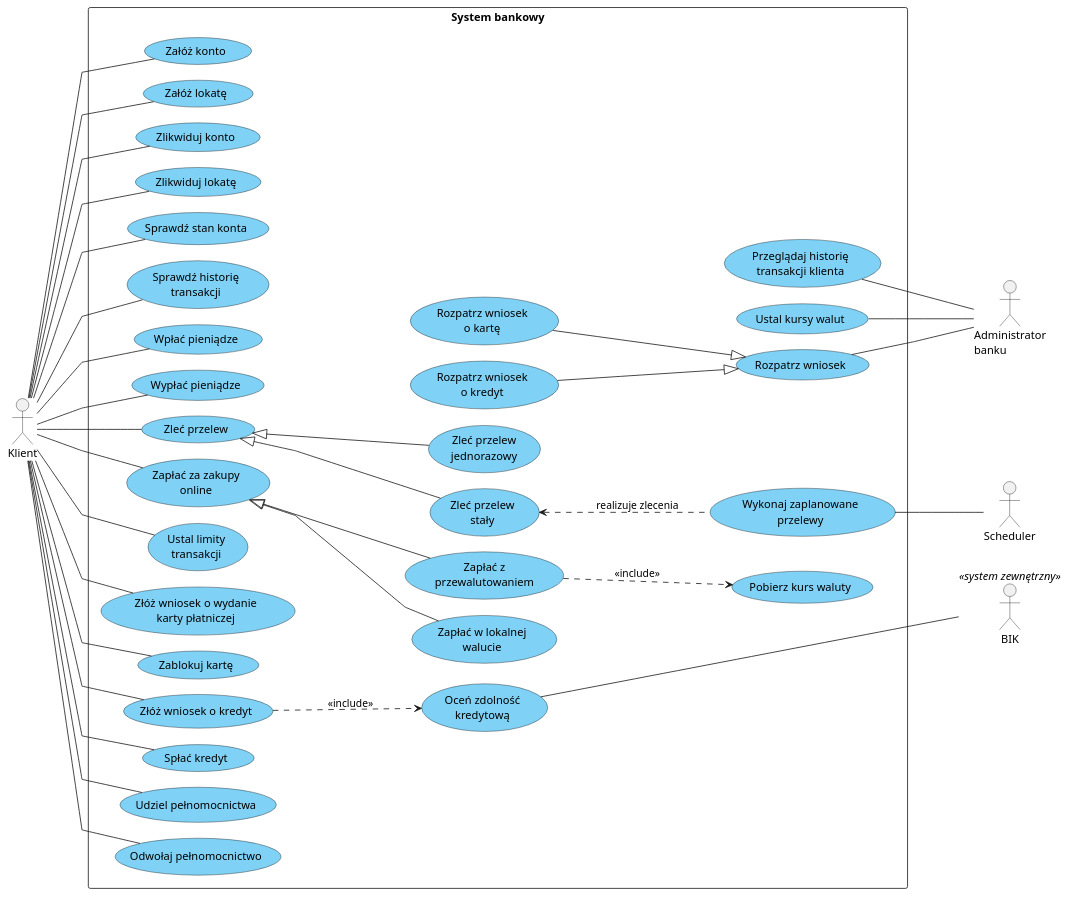
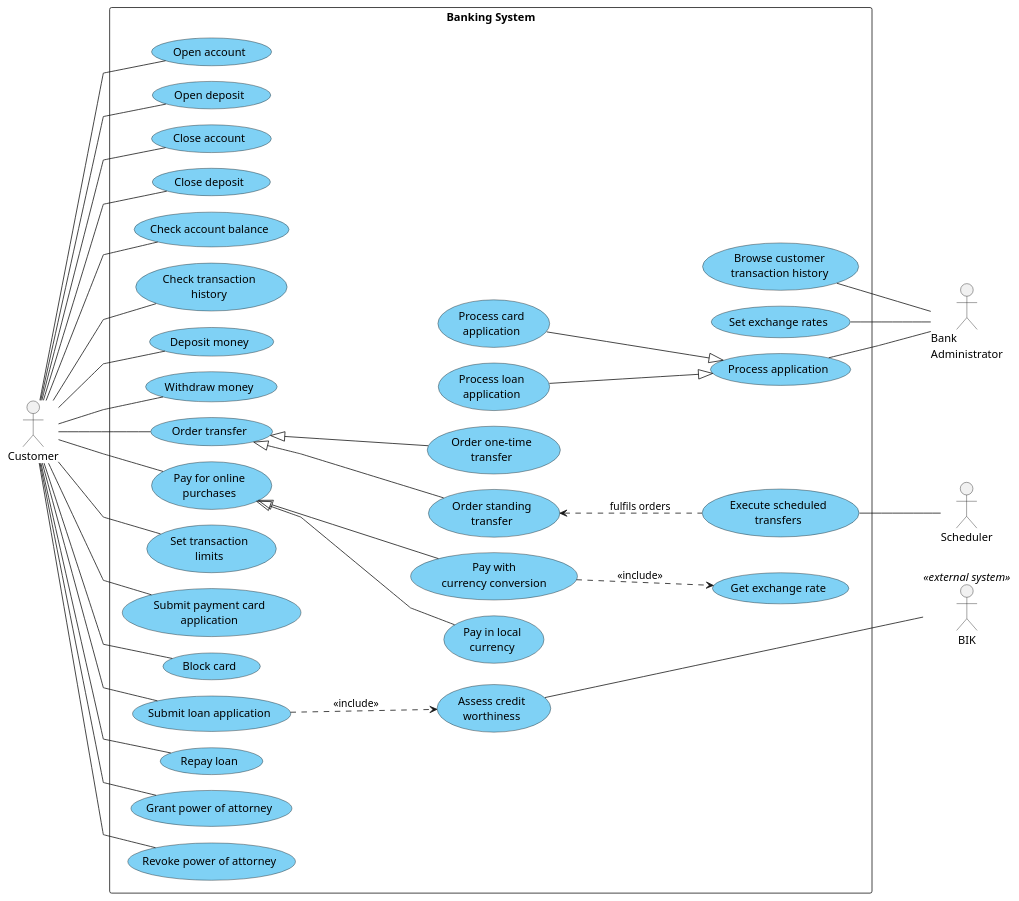
One commit to K0D1Z/software-engineering-project changed the diagram in docs/uml/use_case.puml. Above: the diagram before and after it, drawn with PlantUML. The commit also changed 1 other file, not shown here.

Commit message:
Translate use case diagrams

```diff
--- a/docs/uml/use_case.puml
+++ b/docs/uml/use_case.puml
@@ -1,95 +1,95 @@
 @startuml
 left to right direction
 skinparam linetype polyline
 skinparam nodesep 20
 skinparam ranksep 80
 skinparam usecase {
   BackgroundColor #7FD1F5
 }
 
-actor Klient
-actor "Administrator\nbanku" as Admin
+actor Customer
+actor "Bank\nAdministrator" as Admin
 actor Scheduler
-actor "BIK" as BIK <<system zewnętrzny>>
+actor "BIK" as BIK <<external system>>
 
-rectangle "System bankowy" {
-  usecase "Załóż konto" as UC_ZalozKonto
-  usecase "Załóż lokatę" as UC_ZalozLokate
-  usecase "Zlikwiduj konto" as UC_ZlikwidujKonto
-  usecase "Zlikwiduj lokatę" as UC_ZlikwidujLokate
-  usecase "Sprawdź stan konta" as UC_StanKonta
-  usecase "Sprawdź historię\ntransakcji" as UC_Historia
-  usecase "Wpłać pieniądze" as UC_Wplac
-  usecase "Wypłać pieniądze" as UC_Wyplac
+rectangle "Banking System" {
+  usecase "Open account" as UC_OpenAccount
+  usecase "Open deposit" as UC_OpenDeposit
+  usecase "Close account" as UC_CloseAccount
+  usecase "Close deposit" as UC_CloseDeposit
+  usecase "Check account balance" as UC_AccountBalance
+  usecase "Check transaction\nhistory" as UC_History
+  usecase "Deposit money" as UC_Deposit
+  usecase "Withdraw money" as UC_Withdraw
 
-  usecase "Zleć przelew" as UC_Przelew
-  usecase "Zleć przelew\njednorazowy" as UC_PrzelewJednorazowy
-  usecase "Zleć przelew\nstały" as UC_PrzelewStaly
-  usecase "Wykonaj zaplanowane\nprzelewy" as UC_Zaplanowane
-  usecase "Zapłać za zakupy\nonline" as UC_PlatnoscOnline
-  usecase "Zapłać w lokalnej\nwalucie" as UC_PlatnoscLokalna
-  usecase "Zapłać z\nprzewalutowaniem" as UC_PlatnoscPrzewalutowanie
-  usecase "Pobierz kurs waluty" as UC_PobierzKurs
-  usecase "Ustal limity\ntransakcji" as UC_Limity
+  usecase "Order transfer" as UC_Transfer
+  usecase "Order one-time\ntransfer" as UC_OneTimeTransfer
+  usecase "Order standing\ntransfer" as UC_StandingTransfer
+  usecase "Execute scheduled\ntransfers" as UC_ScheduledTransfers
+  usecase "Pay for online\npurchases" as UC_OnlinePayment
+  usecase "Pay in local\ncurrency" as UC_LocalCurrencyPayment
+  usecase "Pay with\ncurrency conversion" as UC_ConversionPayment
+  usecase "Get exchange rate" as UC_GetExchangeRate
+  usecase "Set transaction\nlimits" as UC_Limits
 
-  usecase "Złóż wniosek o wydanie\nkarty płatniczej" as UC_WniosekKarta
-  usecase "Zablokuj kartę" as UC_BlokadaKarty
-  usecase "Złóż wniosek o kredyt" as UC_WniosekKredyt
-  usecase "Oceń zdolność\nkredytową" as UC_Zdolnosc
-  usecase "Spłać kredyt" as UC_SplataKredytu
-  usecase "Udziel pełnomocnictwa" as UC_Pelnomocnictwo
-  usecase "Odwołaj pełnomocnictwo" as UC_OdwolajPelnomocnictwo
+  usecase "Submit payment card\napplication" as UC_CardApplication
+  usecase "Block card" as UC_BlockCard
+  usecase "Submit loan application" as UC_LoanApplication
+  usecase "Assess credit\nworthiness" as UC_CreditWorthiness
+  usecase "Repay loan" as UC_RepayLoan
+  usecase "Grant power of attorney" as UC_GrantPoA
+  usecase "Revoke power of attorney" as UC_RevokePoA
 
-  usecase "Rozpatrz wniosek" as UC_Rozpatrz
-  usecase "Rozpatrz wniosek\no kartę" as UC_RozpatrzKarta
-  usecase "Rozpatrz wniosek\no kredyt" as UC_RozpatrzKredyt
-  usecase "Ustal kursy walut" as UC_Kursy
-  usecase "Przeglądaj historię\ntransakcji klienta" as UC_HistoriaKlienta
+  usecase "Process application" as UC_ProcessApplication
+  usecase "Process card\napplication" as UC_ProcessCardApplication
+  usecase "Process loan\napplication" as UC_ProcessLoanApplication
+  usecase "Set exchange rates" as UC_SetRates
+  usecase "Browse customer\ntransaction history" as UC_CustomerHistory
 }
 
-Klient -- UC_ZalozKonto
-Klient -- UC_ZalozLokate
-Klient -- UC_ZlikwidujKonto
-Klient -- UC_ZlikwidujLokate
-Klient -- UC_StanKonta
-Klient -- UC_Historia
-Klient -- UC_Wplac
-Klient -- UC_Wyplac
-Klient -- UC_Przelew
-Klient -- UC_PlatnoscOnline
-Klient -- UC_Limity
-Klient -- UC_WniosekKarta
-Klient -- UC_BlokadaKarty
-Klient -- UC_WniosekKredyt
-Klient -- UC_SplataKredytu
-Klient -- UC_Pelnomocnictwo
-Klient -- UC_OdwolajPelnomocnictwo
+Customer -- UC_OpenAccount
+Customer -- UC_OpenDeposit
+Customer -- UC_CloseAccount
+Customer -- UC_CloseDeposit
+Customer -- UC_AccountBalance
+Customer -- UC_History
+Customer -- UC_Deposit
+Customer -- UC_Withdraw
+Customer -- UC_Transfer
+Customer -- UC_OnlinePayment
+Customer -- UC_Limits
+Customer -- UC_CardApplication
+Customer -- UC_BlockCard
+Customer -- UC_LoanApplication
+Customer -- UC_RepayLoan
+Customer -- UC_GrantPoA
+Customer -- UC_RevokePoA
 
-UC_Przelew <|-- UC_PrzelewJednorazowy
-UC_Przelew <|-- UC_PrzelewStaly
-UC_PlatnoscOnline <|-- UC_PlatnoscLokalna
-UC_PlatnoscOnline <|-- UC_PlatnoscPrzewalutowanie
+UC_Transfer <|-- UC_OneTimeTransfer
+UC_Transfer <|-- UC_StandingTransfer
+UC_OnlinePayment <|-- UC_LocalCurrencyPayment
+UC_OnlinePayment <|-- UC_ConversionPayment
 
-UC_WniosekKredyt ..> UC_Zdolnosc : <<include>>
-UC_PlatnoscPrzewalutowanie ..> UC_PobierzKurs : <<include>>
+UC_LoanApplication ..> UC_CreditWorthiness : <<include>>
+UC_ConversionPayment ..> UC_GetExchangeRate : <<include>>
 
-UC_RozpatrzKarta --|> UC_Rozpatrz
-UC_RozpatrzKredyt --|> UC_Rozpatrz
+UC_ProcessCardApplication --|> UC_ProcessApplication
+UC_ProcessLoanApplication --|> UC_ProcessApplication
 
-UC_PrzelewStaly <.. UC_Zaplanowane : realizuje zlecenia
+UC_StandingTransfer <.. UC_ScheduledTransfers : fulfils orders
 
-UC_Zaplanowane -- Scheduler
-UC_Zdolnosc -- BIK
-UC_Rozpatrz -- Admin
-UC_Kursy -- Admin
-UC_HistoriaKlienta -- Admin
+UC_ScheduledTransfers -- Scheduler
+UC_CreditWorthiness -- BIK
+UC_ProcessApplication -- Admin
+UC_SetRates -- Admin
+UC_CustomerHistory -- Admin
 
-UC_Wyplac -[hidden]- UC_RozpatrzKarta
-UC_Wyplac -[hidden]- UC_RozpatrzKredyt
-UC_Wyplac -[hidden]- UC_Kursy
-UC_Wyplac -[hidden]- UC_HistoriaKlienta
-UC_RozpatrzKarta -[hidden]- UC_Kursy
-UC_RozpatrzKarta -[hidden]- UC_HistoriaKlienta
-UC_PobierzKurs -[hidden]- BIK
+UC_Withdraw -[hidden]- UC_ProcessCardApplication
+UC_Withdraw -[hidden]- UC_ProcessLoanApplication
+UC_Withdraw -[hidden]- UC_SetRates
+UC_Withdraw -[hidden]- UC_CustomerHistory
+UC_ProcessCardApplication -[hidden]- UC_SetRates
+UC_ProcessCardApplication -[hidden]- UC_CustomerHistory
+UC_GetExchangeRate -[hidden]- BIK
 
 @enduml
```
